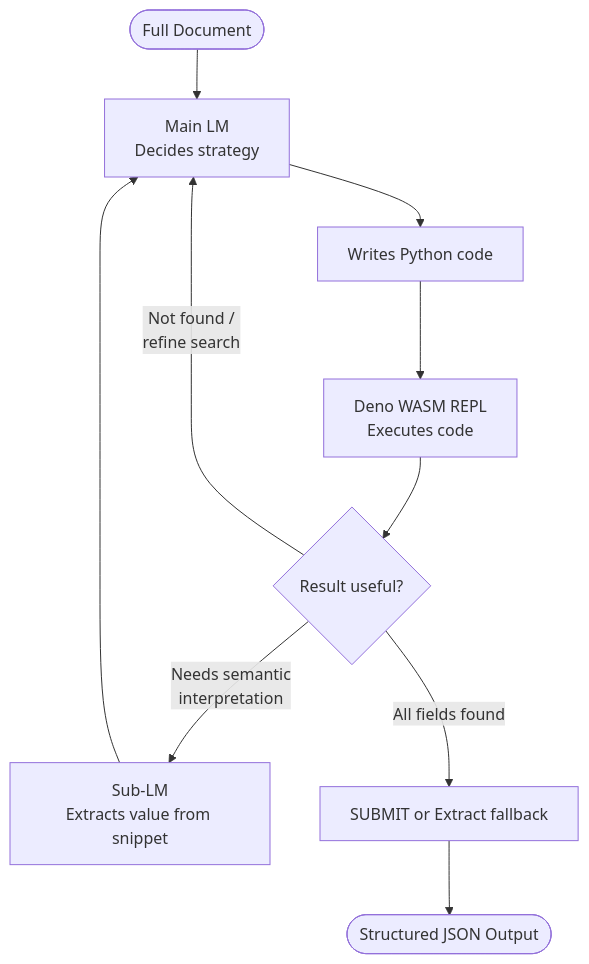
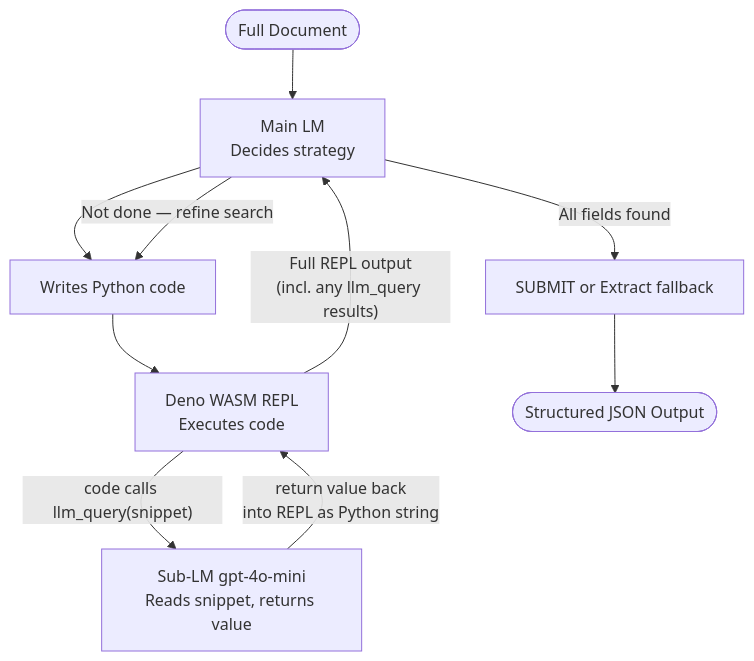
One commit to bhushang19/dspy-rlm-long-docs-demo changed the first of 3 diagrams in readme.md. Above: the diagram before and after it, drawn with Mermaid. The commit also changed other lines of this file, not shown here.

Commit message:
updated diagrams in readme

````diff
--- a/readme.md
+++ b/readme.md
@@ -20,12 +20,12 @@
 ```mermaid
 flowchart TD
     A([Full Document]) --> B["Main LM\nDecides strategy"]
     B --> C[Writes Python code]
     C --> D["Deno WASM REPL\nExecutes code"]
-    D --> E{Result useful?}
-    E -- "Needs semantic\ninterpretation" --> F["Sub-LM\nExtracts value from snippet"]
-    F --> B
-    E -- "Not found /\nrefine search" --> B
-    E -- All fields found --> G[SUBMIT or Extract fallback]
+    D -- "code calls llm_query(snippet)" --> F["Sub-LM gpt-4o-mini\nReads snippet, returns value"]
+    F -- "return value back\ninto REPL as Python string" --> D
+    D -- "Full REPL output\n(incl. any llm_query results)" --> B
+    B -- "Not done — refine search" --> C
+    B -- "All fields found" --> G[SUBMIT or Extract fallback]
     G --> H([Structured JSON Output])
 ```
````
